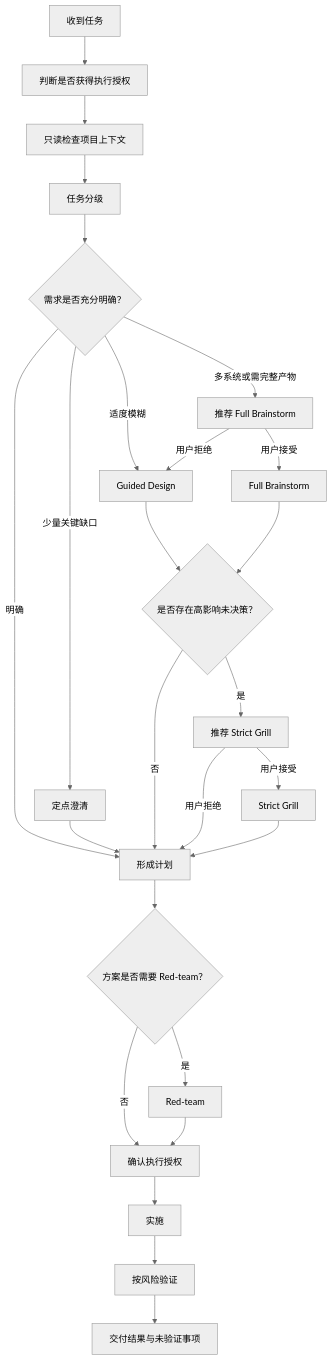
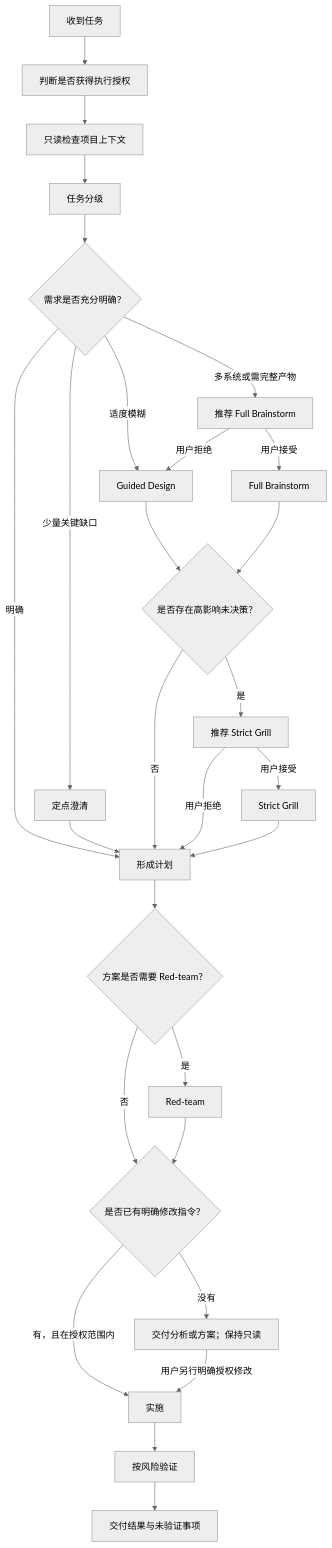
One commit to Liao-elevens/Liao_SKILLS changed the diagram in plugins/liao-skills/skills/reliable-task-execution/references/usage/使用说明.md. Above: the diagram before and after it, drawn with Mermaid (neutral theme). The commit also changed other lines of this file and 5 other files, not shown here.

````diff
--- a/plugins/liao-skills/skills/reliable-task-execution/references/usage/使用说明.md
+++ b/plugins/liao-skills/skills/reliable-task-execution/references/usage/使用说明.md
@@ -46,28 +48,30 @@
 ```mermaid
 flowchart TD
     A["收到任务"] --> B["判断是否获得执行授权"]
     B --> C["只读检查项目上下文"]
     C --> D["任务分级"]
     D --> E{"需求是否充分明确？"}
     E -->|"明确"| N["形成计划"]
     E -->|"少量关键缺口"| F["定点澄清"]
     E -->|"适度模糊"| G["Guided Design"]
     E -->|"多系统或需完整产物"| H["推荐 Full Brainstorm"]
     F --> N
     G --> I{"是否存在高影响未决策？"}
     H -->|"用户接受"| J["Full Brainstorm"]
     H -->|"用户拒绝"| G
     J --> I
     I -->|"是"| K["推荐 Strict Grill"]
     I -->|"否"| N
     K -->|"用户接受"| L["Strict Grill"]
     K -->|"用户拒绝"| N
     L --> N
     N --> O{"方案是否需要 Red-team？"}
     O -->|"是"| P["Red-team"]
-    O -->|"否"| Q["确认执行授权"]
+    O -->|"否"| Q{"是否已有明确修改指令？"}
     P --> Q
-    Q --> R["实施"]
+    Q -->|"有，且在授权范围内"| R["实施"]
+    Q -->|"没有"| U["交付分析或方案；保持只读"]
+    U -->|"用户另行明确授权修改"| R
     R --> S["按风险验证"]
     S --> T["交付结果与未验证事项"]
 ```
````
